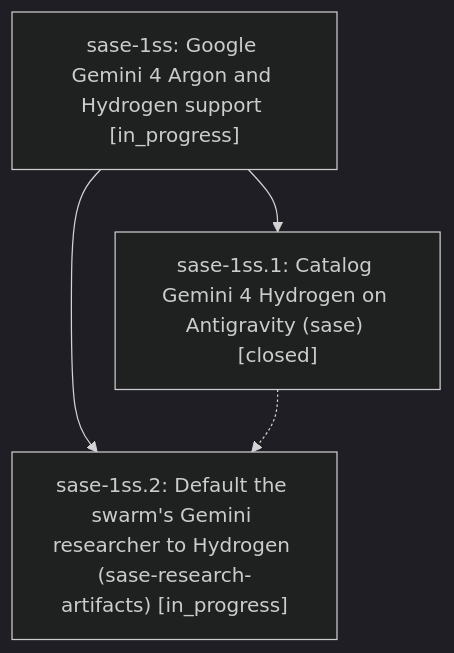
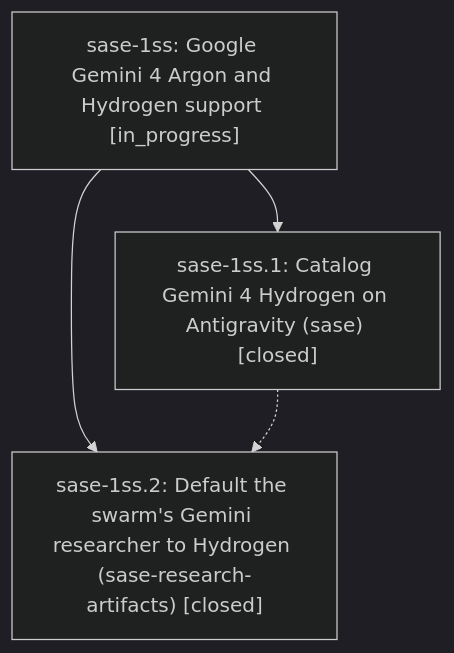
The diagram in pages/sase-1ss/README.md (sase-org/sase--beads), drawn with Mermaid (dark theme) before and after one commit. The commit also changed other lines of this file and 2 other files, not shown here.

First line of the commit message:
chore(beads): sync bead state and pages for sase-1ss

````diff
--- a/pages/sase-1ss/README.md
+++ b/pages/sase-1ss/README.md
@@ -35,9 +35,9 @@
 ```mermaid
 flowchart TD
     n0["sase-1ss: Google Gemini 4 Argon and Hydrogen support [in_progress]"]
     n1["sase-1ss.1: Catalog Gemini 4 Hydrogen on Antigravity (sase) [closed]"]
-    n2["sase-1ss.2: Default the swarm's Gemini researcher to Hydrogen (sase-research-artifacts) [in_progress]"]
+    n2["sase-1ss.2: Default the swarm's Gemini researcher to Hydrogen (sase-research-artifacts) [closed]"]
     n0 --> n1
     n0 --> n2
     n1 -.-> n2
 ```
````
